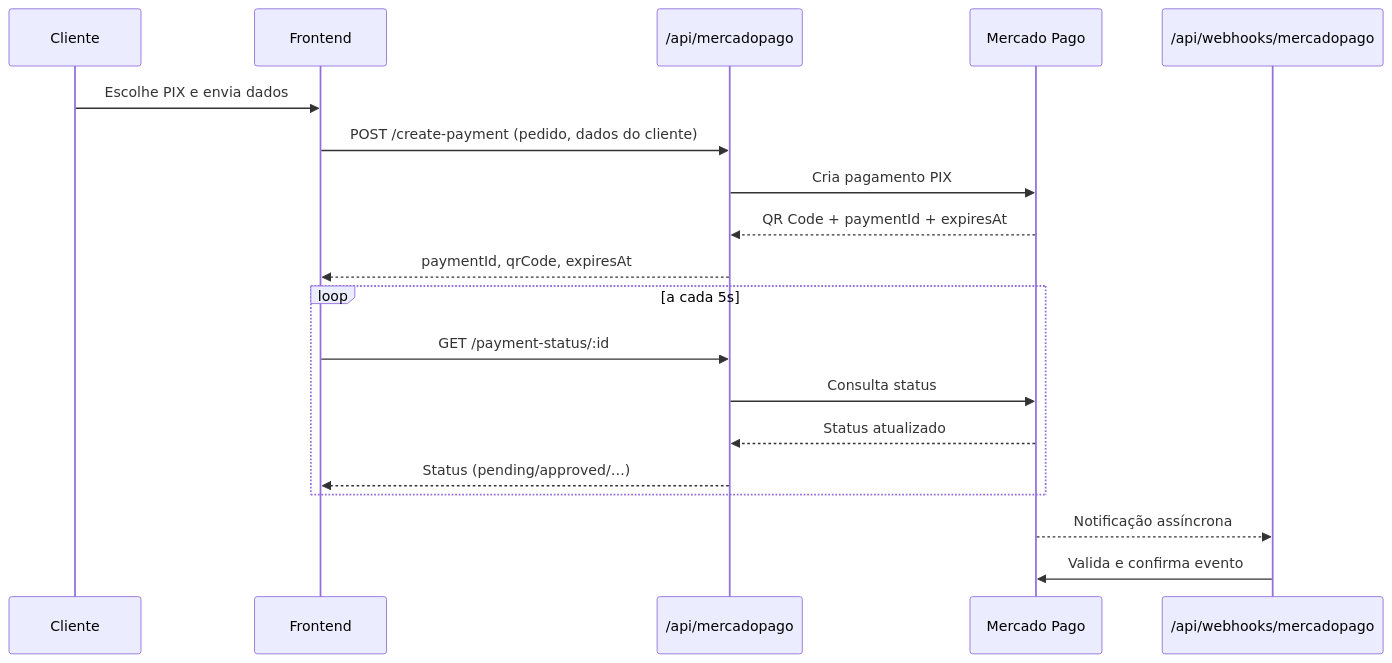
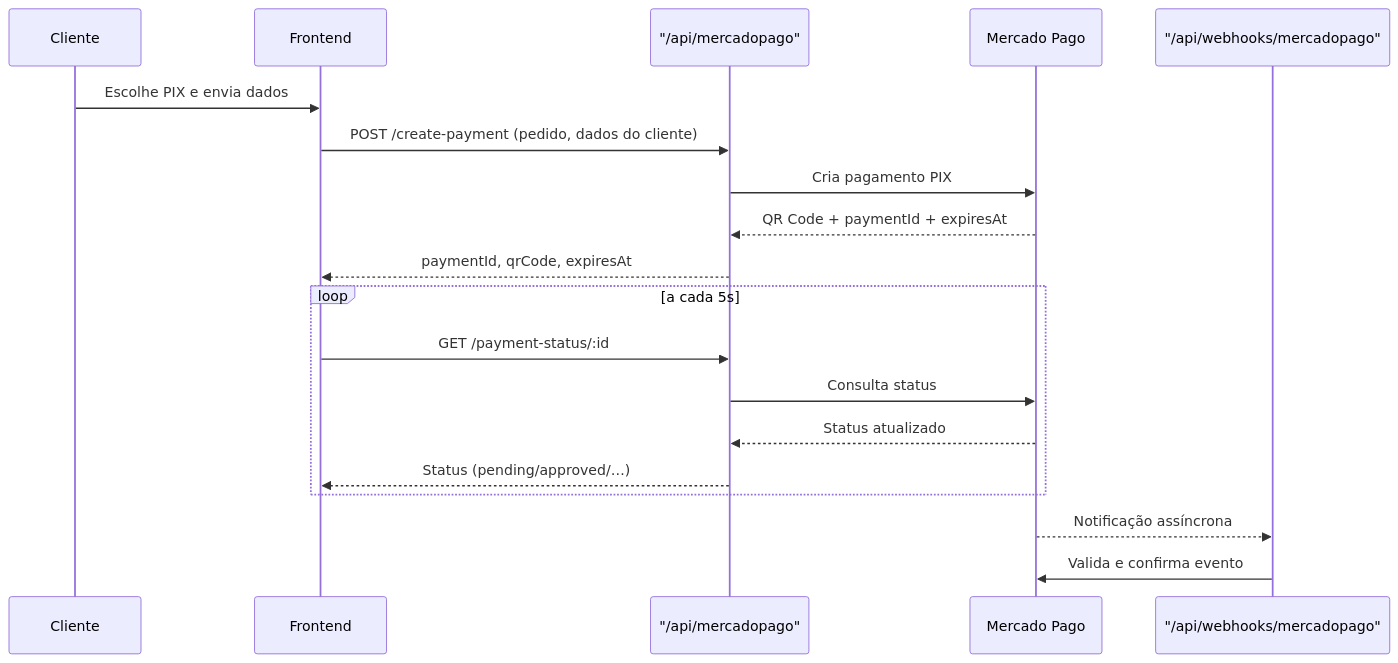
One commit to OZimbres/VZDolci-FrontEnd changed the diagram in docs/PAYMENT_INTEGRATION.md. Above: the diagram before and after it, drawn with Mermaid. The commit also changed other lines of this file and 7 other files, not shown here.

````diff
--- a/docs/PAYMENT_INTEGRATION.md
+++ b/docs/PAYMENT_INTEGRATION.md
@@ -7,22 +7,22 @@
 ```mermaid
 sequenceDiagram
   participant Cliente
   participant Frontend
-  participant API as /api/mercadopago
+  participant API as "/api/mercadopago"
   participant MP as Mercado Pago
-  participant Webhook as /api/webhooks/mercadopago
+  participant Webhook as "/api/webhooks/mercadopago"
 
   Cliente->>Frontend: Escolhe PIX e envia dados
   Frontend->>API: POST /create-payment (pedido, dados do cliente)
   API->>MP: Cria pagamento PIX
   MP-->>API: QR Code + paymentId + expiresAt
   API-->>Frontend: paymentId, qrCode, expiresAt
   loop a cada 5s
     Frontend->>API: GET /payment-status/:id
     API->>MP: Consulta status
     MP-->>API: Status atualizado
     API-->>Frontend: Status (pending/approved/…)
   end
   MP-->>Webhook: Notificação assíncrona
   Webhook->>MP: Valida e confirma evento
 ```
````
